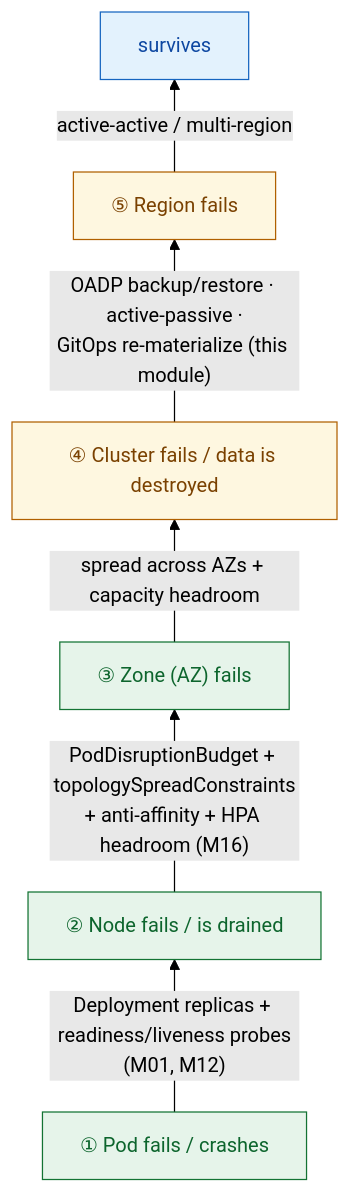
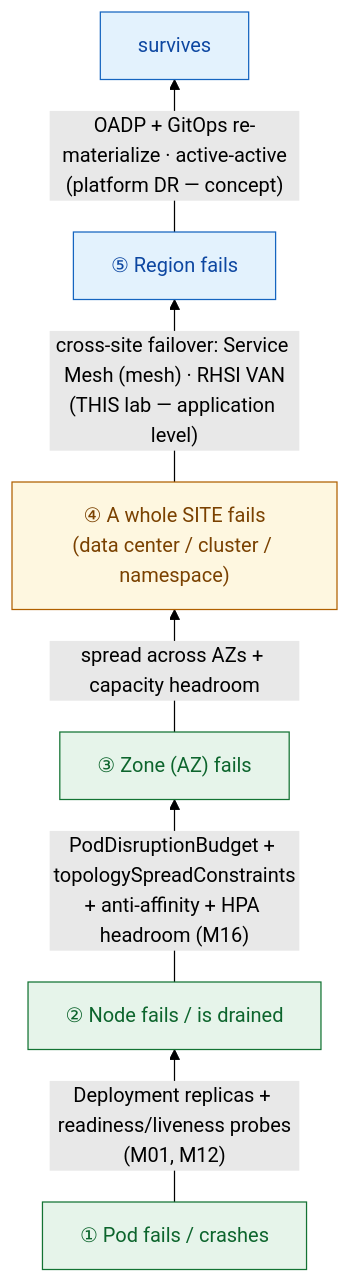
One commit to serhat-dirik/OCP-Getting-Started-Revamped changed the first of 4 diagrams in content/modules/ROOT/pages/m21-resilience-multicluster-dr/concept.adoc. Above: the diagram before and after it, drawn with Mermaid (forest theme). The commit also changed other lines of this file and 19 other files, not shown here.

Commit message:
feat(m21): rework lab to app-level cross-site failover (Service Mesh + RHSI)

```diff
--- a/content/modules/ROOT/pages/m21-resilience-multicluster-dr/concept.adoc
+++ b/content/modules/ROOT/pages/m21-resilience-multicluster-dr/concept.adoc
@@ -37,18 +36,18 @@
 [mermaid]
 ....
 graph BT
   pod["① Pod fails / crashes"]
   node["② Node fails / is drained"]
   zone["③ Zone (AZ) fails"]
-  cluster["④ Cluster fails / data is destroyed"]
+  site["④ A whole SITE fails<br/>(data center / cluster / namespace)"]
   region["⑤ Region fails"]
   pod -->|"Deployment replicas + readiness/liveness probes<br/>(M01, M12)"| node
   node -->|"PodDisruptionBudget + topologySpreadConstraints<br/>+ anti-affinity + HPA headroom (M16)"| zone
-  zone -->|"spread across AZs + capacity headroom"| cluster
-  cluster -->|"OADP backup/restore · active-passive ·<br/>GitOps re-materialize (this module)"| region
-  region -->|"active-active / multi-region"| top["survives"]
-  classDef single fill:#e6f4ea,stroke:#137333,color:#0d652d;
-  classDef dr fill:#fef7e0,stroke:#b06000,color:#7a4100;
-  classDef top fill:#e3f2fd,stroke:#1565c0,color:#0d47a1;
-  class pod,node,zone single; class cluster,region dr; class top top;
+  zone -->|"spread across AZs + capacity headroom"| site
+  site -->|"cross-site failover: Service Mesh (mesh) · RHSI VAN<br/>(THIS lab — application level)"| region
+  region -->|"OADP + GitOps re-materialize · active-active<br/>(platform DR — concept)"| top["survives"]
+  classDef inapp fill:#e6f4ea,stroke:#137333,color:#0d652d;
+  classDef failover fill:#fef7e0,stroke:#b06000,color:#7a4100;
+  classDef dr fill:#e3f2fd,stroke:#1565c0,color:#0d47a1;
+  class pod,node,zone inapp; class site failover; class region dr; class top dr;
 ....
```
